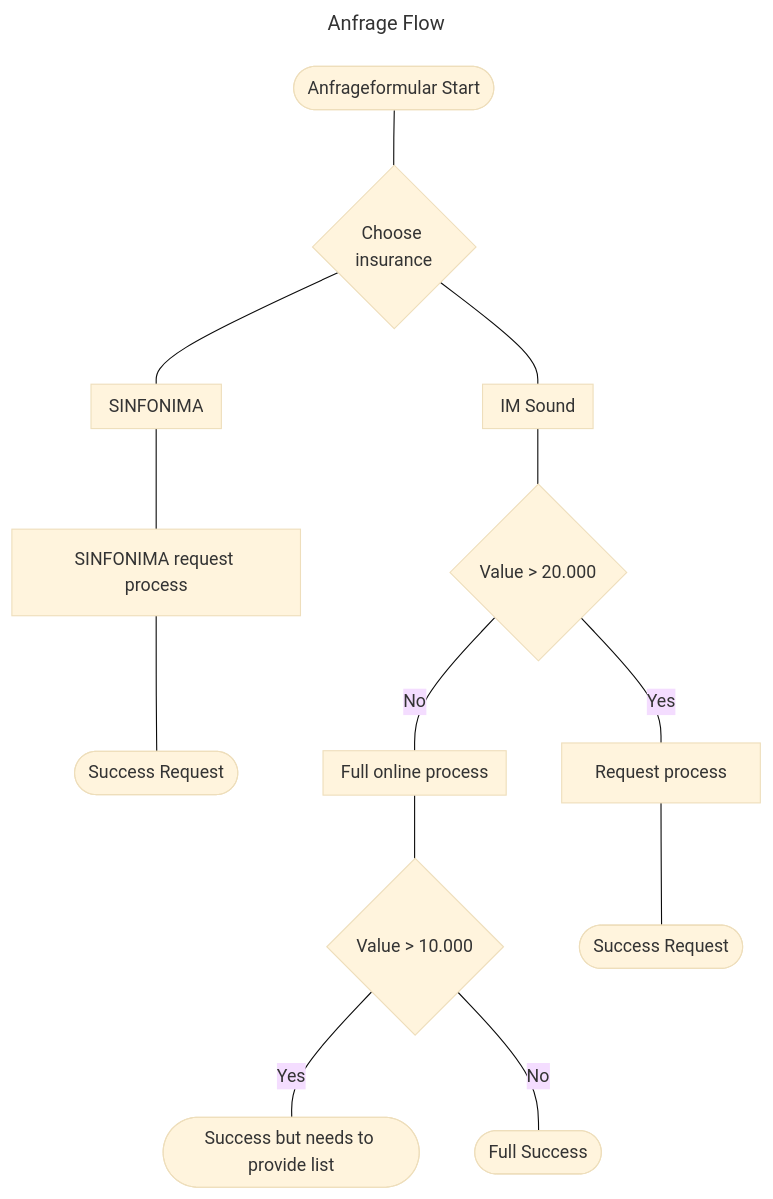
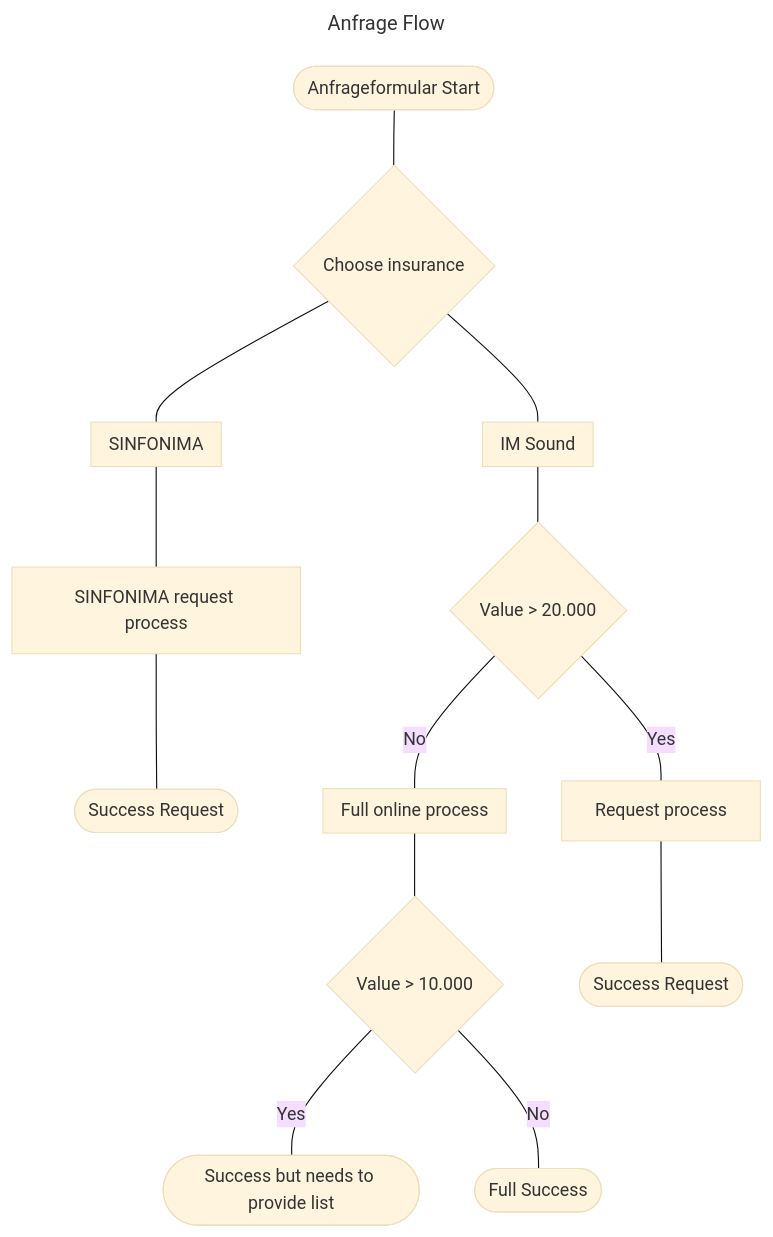
Before and after one commit to jannispaul/musikversicherung: the diagram in anfrage.md, drawn with Mermaid (base theme). The commit also changed other lines of this file and 12 other files, not shown here.

````diff
--- a/anfrage.md
+++ b/anfrage.md
@@ -1,24 +1,24 @@
 ```mermaid
 ---
 title: "Anfrage Flow"
 ---
 flowchart
-	136865{"Choose \ninsurance\n"} --- 979959["IM Sound"]
+	136865{"Choose insurance"} --- 979959["IM Sound"]
 	136865 --- 444918["SINFONIMA"]
 	979959 --- 154197{"Value > 20.000"}
-	205444(["Anfrageformular Start\n"]) --- 136865
+	205444(["Anfrageformular Start"]) --- 136865
 	154197 ---|"No"| 712291["Full online process"]
 	154197 ---|"Yes"| 713757["Request process"]
 	713757 --- 549359(["Success Request"])
 	712291 --- 240490{"Value > 10.000"}
 	240490 ---|"Yes"| 448202(["Success but needs to provide list"])
 	240490 ---|"No"| 839786(["Full Success"])
 	444918 --- 627754["SINFONIMA request process"]
 	627754 --- 460803(["Success Request"])
 	subgraph 979959["IM Sound"]
 	end
 	subgraph 444918["SINFONIMA"]
 	end
 	subgraph 712291["Full online process"]
 	end
 ```
````
